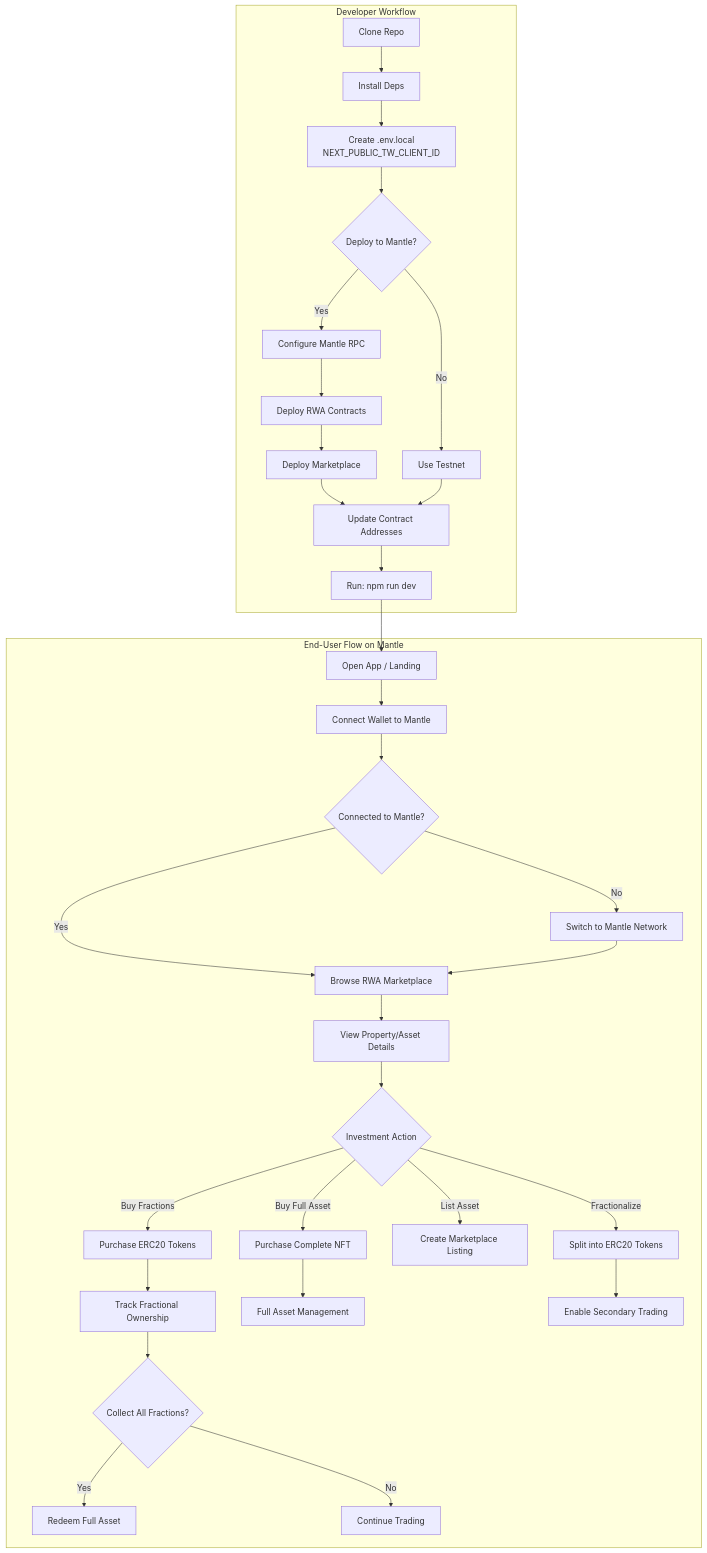
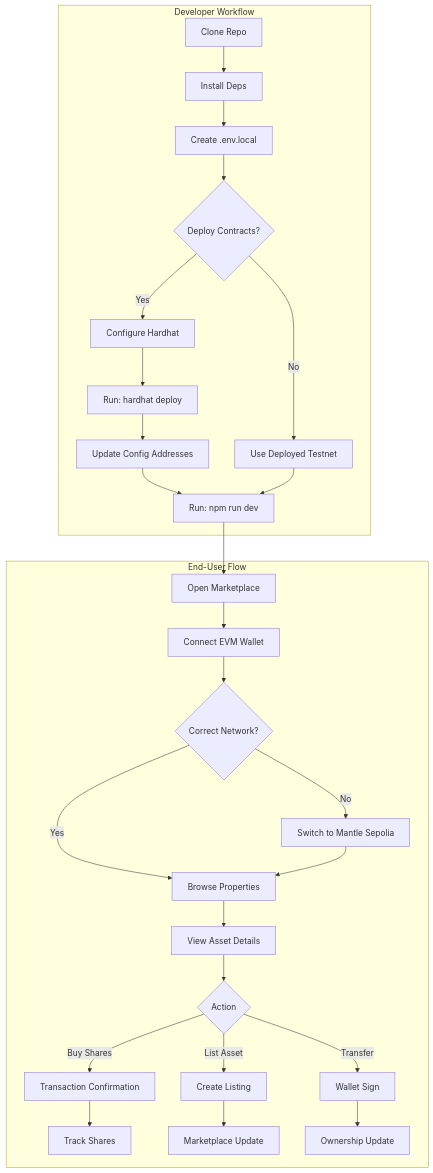
The third of 3 diagrams in README.md (RWA-Exchange/RWA-Exchange-Mantle), drawn with Mermaid before and after one commit. The commit also changed other lines of this file, not shown here.

Commit message:
mantle network

````diff
--- a/README.md
+++ b/README.md
@@ -450,38 +155,33 @@
 ```mermaid
 flowchart TD
   subgraph Dev[Developer Workflow]
     A[Clone Repo] --> B[Install Deps]
-    B --> C[Create .env.local\nNEXT_PUBLIC_TW_CLIENT_ID]
-    C --> D{Deploy to Mantle?}
-    D -- Yes --> E[Configure Mantle RPC]
-    E --> F[Deploy RWA Contracts]
-    F --> G[Deploy Marketplace]
-    D -- No --> H[Use Testnet]
-    G --> I[Update Contract Addresses]
+    B --> C[Create .env.local]
+    C --> D{Deploy Contracts?}
+    D -- Yes --> E[Configure Hardhat]
+    E --> F[Run: hardhat deploy]
+    F --> G[Update Config Addresses]
+    D -- No --> H[Use Deployed Testnet]
+    G --> I[Run: npm run dev]
     H --> I
-    I --> J[Run: npm run dev]
   end
 
-  subgraph User[End-User Flow on Mantle]
-    K[Open App / Landing] --> L[Connect Wallet to Mantle]
-    L --> M{Connected to Mantle?}
-    M -- Yes --> N[Browse RWA Marketplace]
-    M -- No --> O[Switch to Mantle Network]
+  subgraph User[End-User Flow]
+    K[Open Marketplace] --> L[Connect EVM Wallet]
+    L --> M{Correct Network?}
+    M -- Yes --> N[Browse Properties]
+    M -- No --> O[Switch to Mantle Sepolia]
     O --> N
-    N --> P[View Property/Asset Details]
-    P --> Q{Investment Action}
-    Q -- Buy Fractions --> R[Purchase ERC20 Tokens]
-    Q -- Buy Full Asset --> S[Purchase Complete NFT]
-    Q -- List Asset --> T[Create Marketplace Listing]
-    Q -- Fractionalize --> U[Split into ERC20 Tokens]
+    N --> P[View Asset Details]
+    P --> Q{Action}
+    Q -- Buy Shares --> R[Transaction Confirmation]
+    Q -- List Asset --> T[Create Listing]
+    Q -- Transfer --> U[Wallet Sign]
     
-    R --> V[Track Fractional Ownership]
-    S --> W[Full Asset Management]
-    U --> X[Enable Secondary Trading]
-    V --> Y{Collect All Fractions?}
-    Y -- Yes --> Z[Redeem Full Asset]
-    Y -- No --> AA[Continue Trading]
+    R --> V[Track Shares]
+    T --> W[Marketplace Update]
+    U --> X[Ownership Update]
   end
 
-  J --> K
+  I --> K
 ```
````
